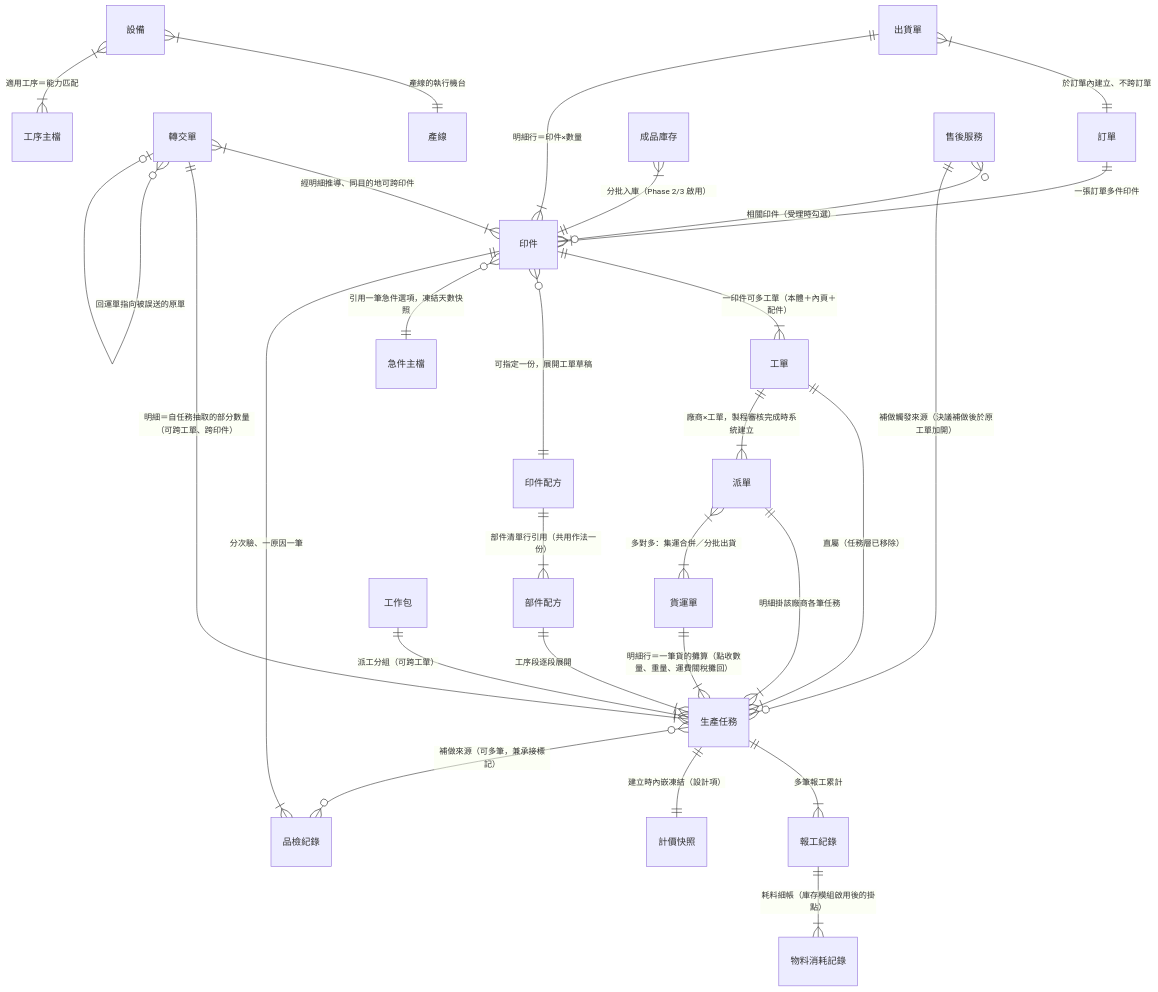
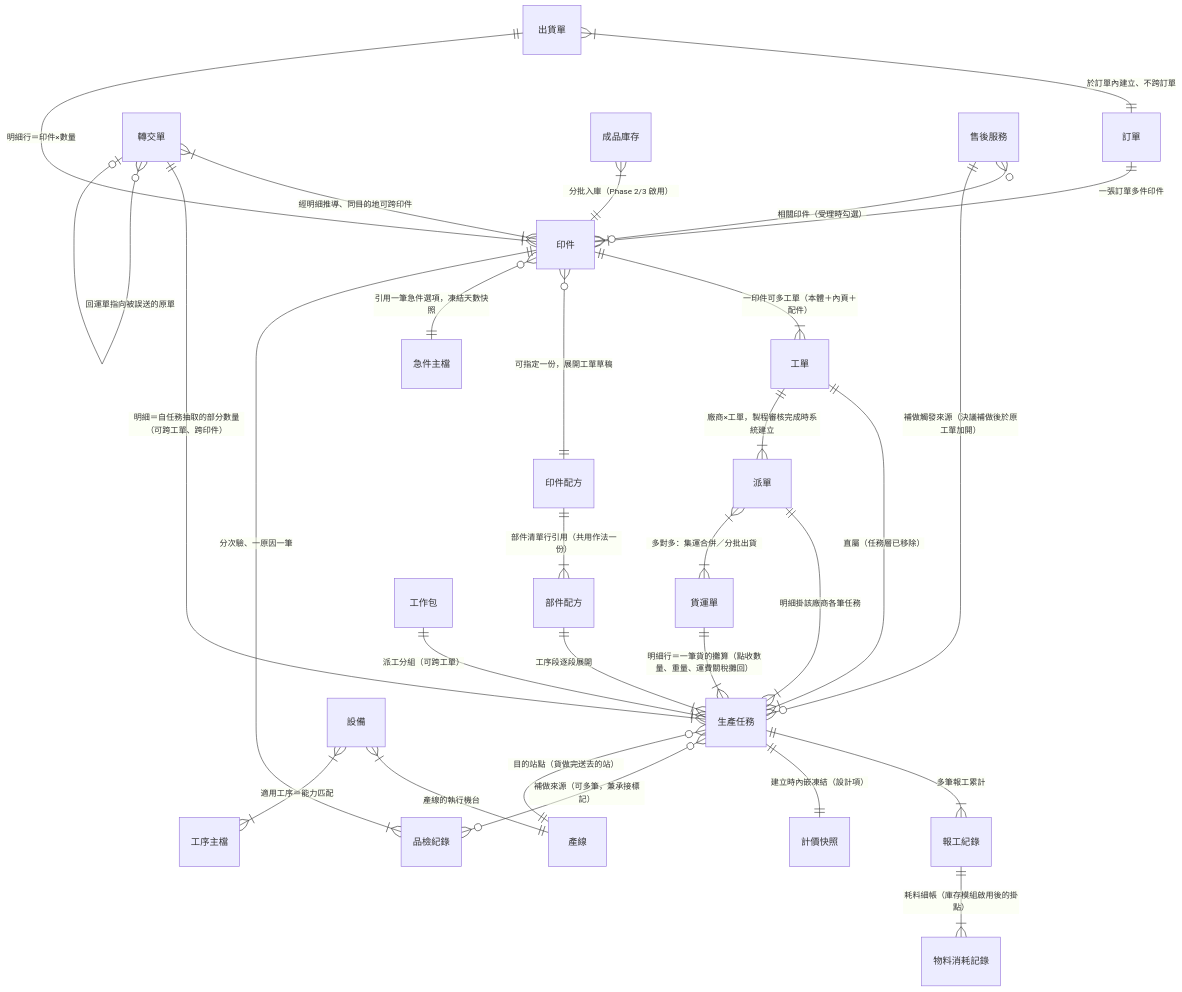
One commit to Kawato-Miles/erp-spec changed the first of 4 diagrams in memory/Sens_wiki/wiki/erp/05-entities/生產領域資料結構總覽.md. Above: the diagram before and after it, drawn with Mermaid. The commit also changed other lines of this file and 10 other files, not shown here.

````diff
--- a/memory/Sens_wiki/wiki/erp/05-entities/生產領域資料結構總覽.md
+++ b/memory/Sens_wiki/wiki/erp/05-entities/生產領域資料結構總覽.md
@@ -21,30 +21,31 @@
 ```mermaid
 erDiagram
     "訂單" ||--|{ "印件" : "一張訂單多件印件"
     "印件" ||--|{ "工單" : "一印件可多工單（本體＋內頁＋配件）"
     "印件" }o--|| "印件配方" : "可指定一份，展開工單草稿"
     "印件" }o--|| "急件主檔" : "引用一筆急件選項，凍結天數快照"
     "印件配方" ||--|{ "部件配方" : "部件清單行引用（共用作法一份）"
     "部件配方" ||--|{ "生產任務" : "工序段逐段展開"
     "工單" ||--|{ "生產任務" : "直屬（任務層已移除）"
     "生產任務" ||--|{ "報工紀錄" : "多筆報工累計"
     "報工紀錄" ||--|{ "物料消耗記錄" : "耗料細帳（庫存模組啟用後的掛點）"
     "生產任務" ||--|| "計價快照" : "建立時內嵌凍結（設計項）"
     "工單" ||--|{ "派單" : "廠商×工單，製程審核完成時系統建立"
     "派單" ||--|{ "生產任務" : "明細掛該廠商各筆任務"
     "派單" }|--|{ "貨運單" : "多對多：集運合併／分批出貨"
     "貨運單" ||--|{ "生產任務" : "明細行＝一筆貨的攤算（點收數量、重量、運費關稅攤回）"
     "轉交單" }|--|{ "印件" : "經明細推導、同目的地可跨印件"
     "轉交單" ||--|{ "生產任務" : "明細＝自任務抽取的部分數量（可跨工單、跨印件）"
     "轉交單" }o--o| "轉交單" : "回運單指向被誤送的原單"
     "品檢紀錄" }|--|| "印件" : "分次驗、一原因一筆"
     "生產任務" }o--o{ "品檢紀錄" : "補做來源（可多筆，兼承接標記）"
     "工作包" ||--|{ "生產任務" : "派工分組（可跨工單）"
     "設備" }|--|| "產線" : "產線的執行機台"
+    "生產任務" }o--|| "產線" : "目的站點（貨做完送去的站）"
     "設備" }|--|{ "工序主檔" : "適用工序＝能力匹配"
     "出貨單" }|--|| "訂單" : "於訂單內建立、不跨訂單"
     "出貨單" ||--|{ "印件" : "明細行＝印件×數量"
     "成品庫存" }|--|| "印件" : "分批入庫（Phase 2/3 啟用）"
     "售後服務" }o--o{ "印件" : "相關印件（受理時勾選）"
     "售後服務" ||--o{ "生產任務" : "補做觸發來源（決議補做後於原工單加開）"
 ```
````
